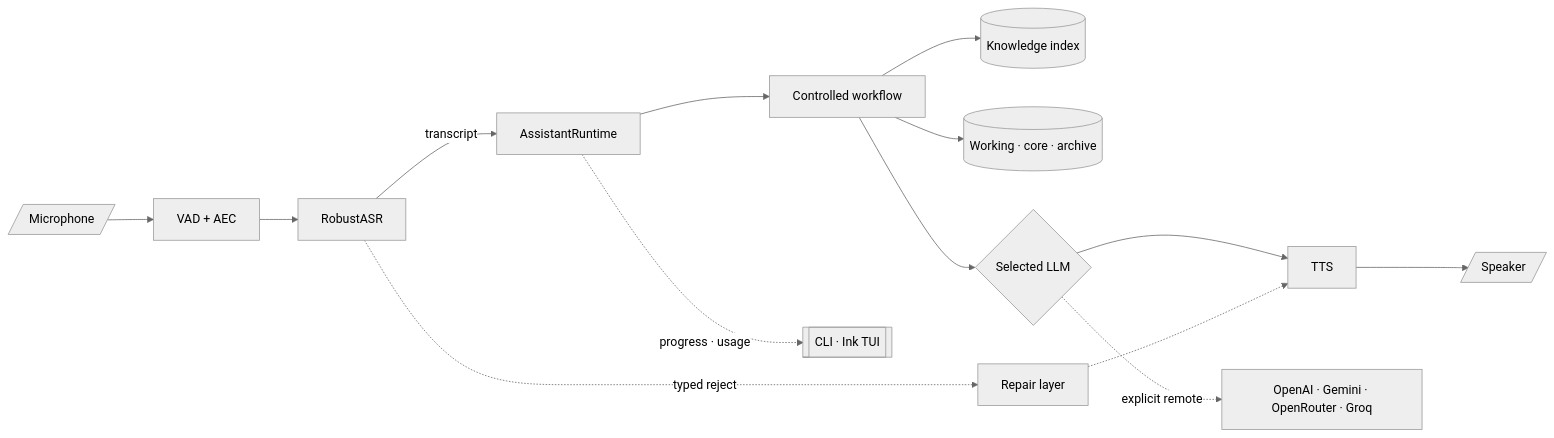
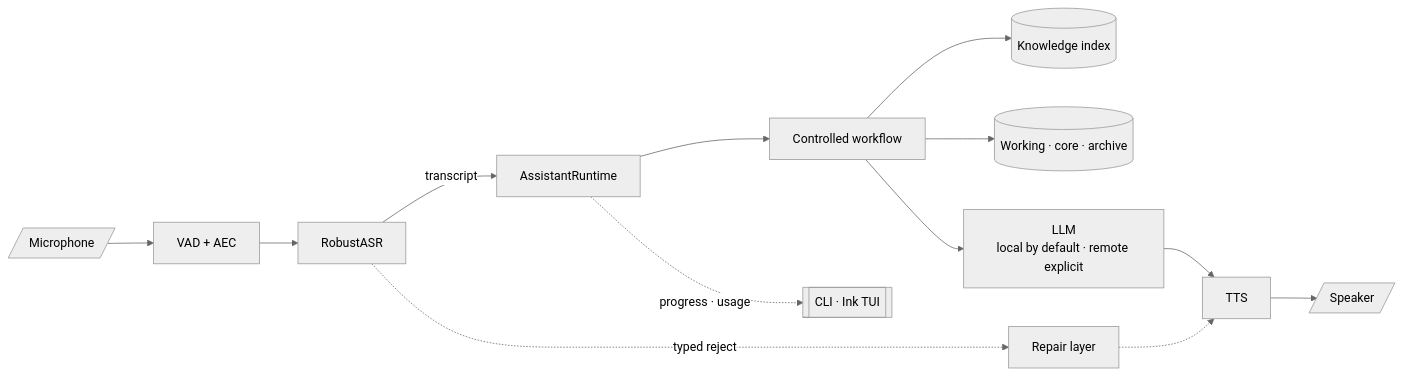
The diagram in README.md (finalflash159/soca), drawn with Mermaid (neutral theme) before and after one commit. The commit also changed 4 other files, not shown here.

Commit message:
docs: sync Lucid system flow and arrow geometry

````diff
--- a/README.md
+++ b/README.md
@@ -80,16 +80,15 @@
 ```mermaid
 flowchart LR
     Mic[/Microphone/] --> Capture[VAD + AEC]
     Capture --> ASR[RobustASR]
     ASR -->|transcript| RT[AssistantRuntime]
     RT --> WF[Controlled workflow]
     WF --> RAG[(Knowledge index)]
     WF --> MEM[(Working · core · archive)]
-    WF --> LLM{Selected LLM}
+    WF --> LLM[LLM<br/>local by default · remote explicit]
     LLM --> TTS[TTS]
     TTS --> Spk[/Speaker/]
     ASR -. typed reject .-> Repair[Repair layer]
     Repair -.-> TTS
     RT -. progress · usage .-> UI[[CLI · Ink TUI]]
-    LLM -. explicit remote .-> Remote[OpenAI · Gemini · OpenRouter · Groq]
 ```
````
